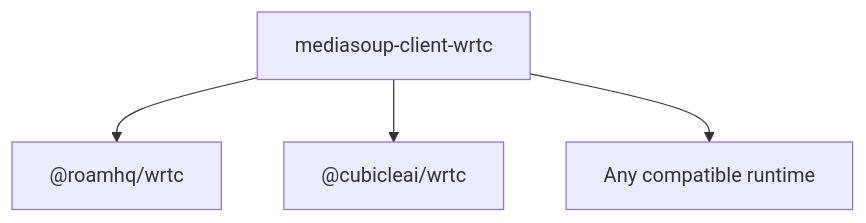
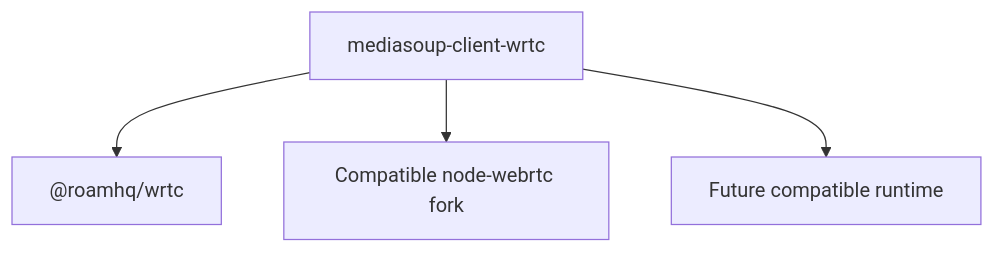
Before and after one commit to piranna/piranna.github.io: the ninth of 28 diagrams in _drafts/Beyond-the-Browser-Running-mediasoup-client-in-Node.js-as-a-Headless-WebRTC-Endpoint.md, drawn with Mermaid. The commit also changed other lines of this file, not shown here.

````diff
--- a/_drafts/Beyond-the-Browser-Running-mediasoup-client-in-Node.js-as-a-Headless-WebRTC-Endpoint.md
+++ b/_drafts/Beyond-the-Browser-Running-mediasoup-client-in-Node.js-as-a-Headless-WebRTC-Endpoint.md
@@ -642,9 +645,9 @@
 ```mermaid
 flowchart TB
 
 Handler["mediasoup-client-wrtc"]
 
 Handler --> Roam["@roamhq/wrtc"]
-Handler --> Cubicle["@cubicleai/wrtc"]
-Handler --> Future["Any compatible runtime"]
+Handler --> Compatible["Compatible node-webrtc fork"]
+Handler --> Future["Future compatible runtime"]
 ```
````
